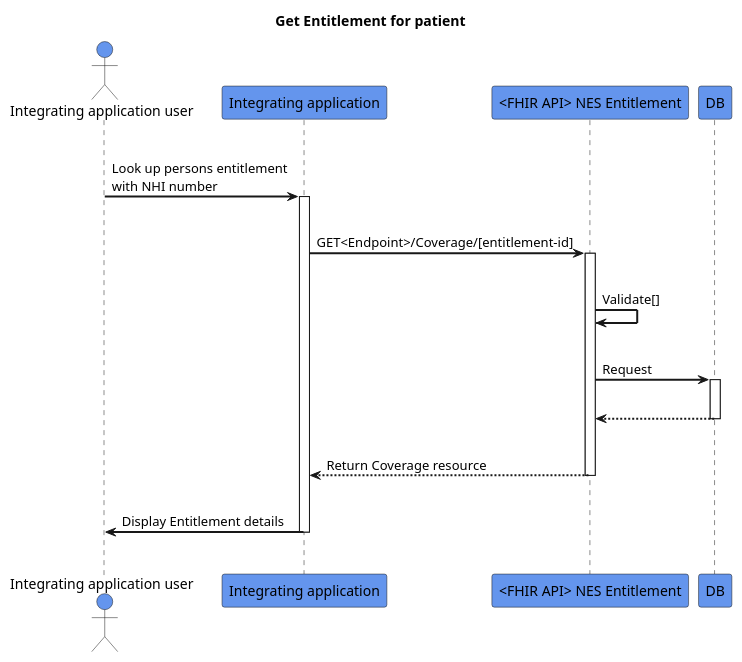
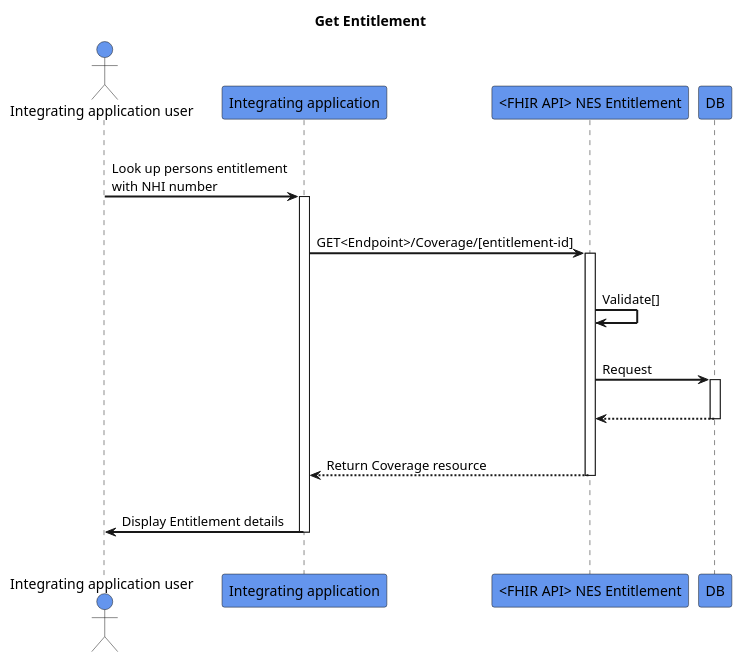
One commit to HL7NZ/nes-ig changed the diagram in input/images-source/get-entitlement.plantuml. Above: the diagram before and after it, drawn with PlantUML.

```diff
--- a/input/images-source/get-entitlement.plantuml
+++ b/input/images-source/get-entitlement.plantuml
@@ -1,32 +1,32 @@
 @startuml
 skinparam sequenceArrowThickness 2
 skinparam roundcorner 5
 skinparam maxmessagesize 180
 skinparam sequenceParticipant bold
-title Get Entitlement for patient
+title Get Entitlement
 actor "Integrating application user" as User #CornflowerBlue
 participant "Integrating application" as A #CornflowerBlue
 participant "<FHIR API> NES Entitlement" as B #CornflowerBlue
 participant "DB" as C #CornflowerBlue
 |||
 User -> A: Look up persons entitlement with NHI number
 activate A
 |||
 A -> B: GET<Endpoint>/Coverage/[entitlement-id]
 activate B
 |||
 B -> B: Validate[]
 |||
 B -> C: Request
 activate C
 |||
 C -[dashed]-> B:  
 deactivate C
 |||
 B -[dashed]-> A :Return Coverage resource
 deactivate B
 |||
 A -> User: Display Entitlement details
 deactivate A
 |||
 @enduml
```
